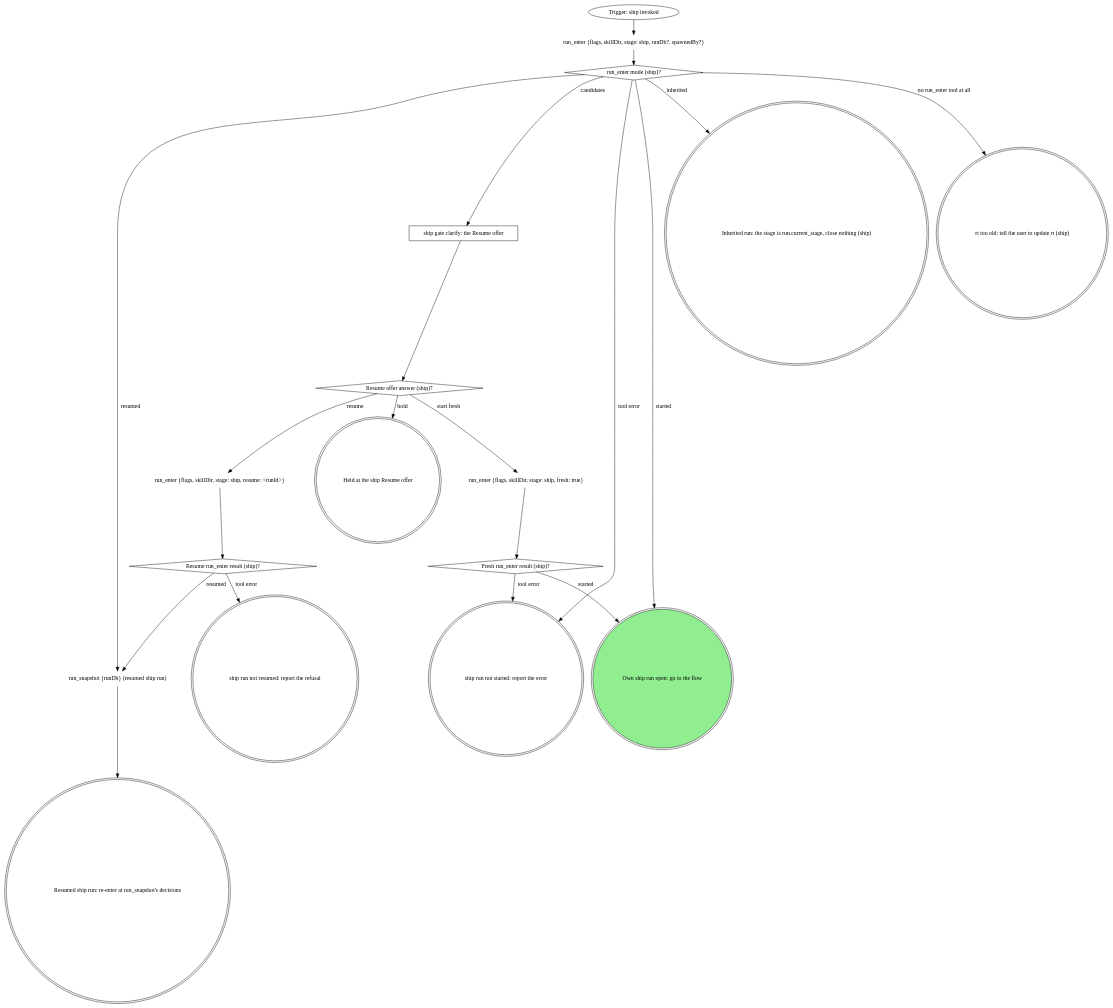
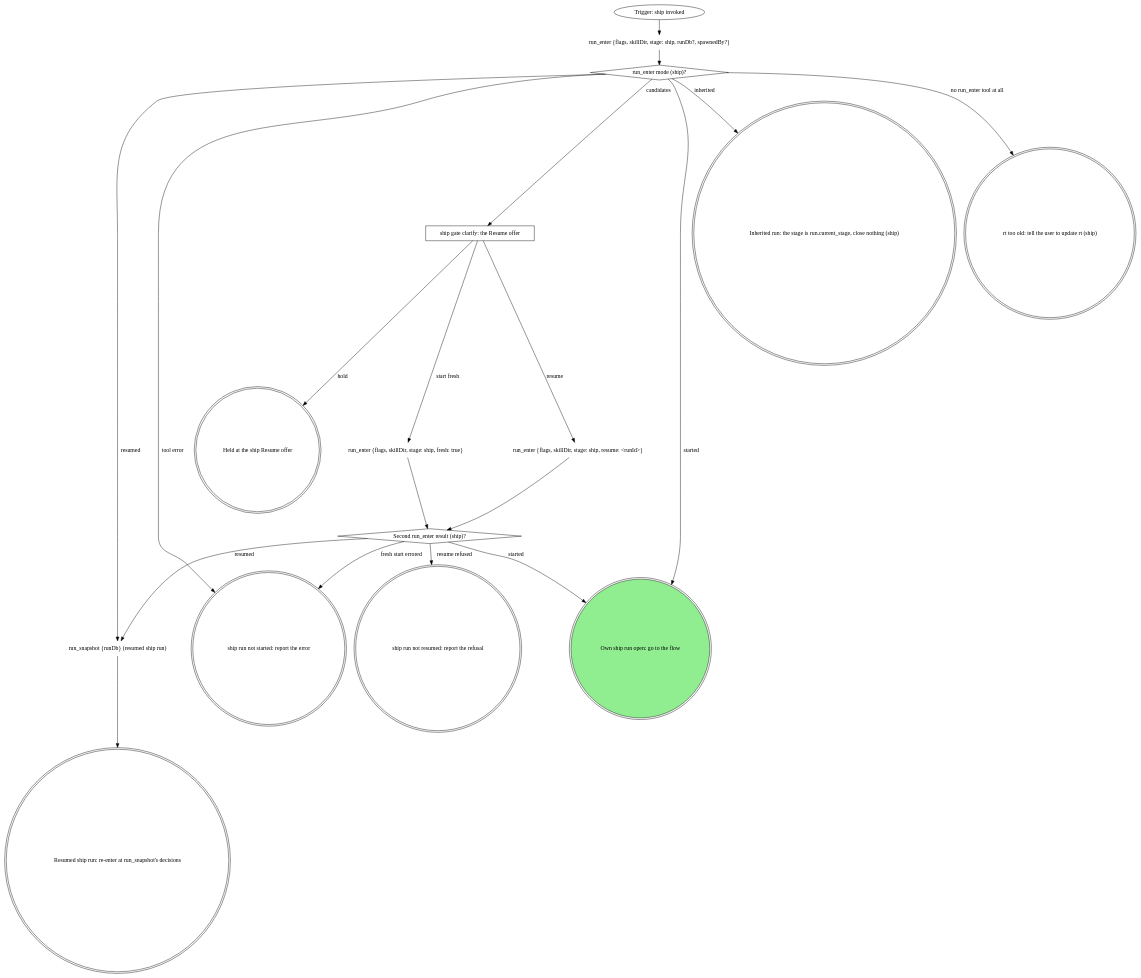
Before and after one commit to m4ttstack/mattstack: the first of 2 diagrams in plugins/mattstack/attachments/pipeline/ship/SKILL.md, drawn with Graphviz. The commit also changed other lines of this file and 2 other files, not shown here.

Commit message:
ship: trim pass: compact budgets, drop tool-bounded loops

````diff
--- a/plugins/mattstack/attachments/pipeline/ship/SKILL.md
+++ b/plugins/mattstack/attachments/pipeline/ship/SKILL.md
@@ -20,43 +19,40 @@
 ```dot
 digraph ship_run {
     rankdir=TB;
 
     "Trigger: ship invoked" [shape=ellipse];
     "run_enter {flags, skillDir, stage: ship, runDb?, spawnedBy?}" [shape=plaintext];
     "run_enter mode (ship)?" [shape=diamond];
     "ship gate clarify: the Resume offer" [shape=box];
-    "Resume offer answer (ship)?" [shape=diamond];
     "run_enter {flags, skillDir, stage: ship, resume: <runId>}" [shape=plaintext];
-    "Resume run_enter result (ship)?" [shape=diamond];
     "run_enter {flags, skillDir, stage: ship, fresh: true}" [shape=plaintext];
-    "Fresh run_enter result (ship)?" [shape=diamond];
+    "Second run_enter result (ship)?" [shape=diamond];
     "run_snapshot {runDb} (resumed ship run)" [shape=plaintext];
     "Inherited run: the stage is run.current_stage, close nothing (ship)" [shape=doublecircle];
     "Held at the ship Resume offer" [shape=doublecircle];
     "Resumed ship run: re-enter at run_snapshot's decisions" [shape=doublecircle];
     "ship run not resumed: report the refusal" [shape=doublecircle];
     "ship run not started: report the error" [shape=doublecircle];
     "rt too old: tell the user to update rt (ship)" [shape=doublecircle];
     "Own ship run open: go to the flow" [shape=doublecircle style=filled fillcolor=lightgreen];
 
     "Trigger: ship invoked" -> "run_enter {flags, skillDir, stage: ship, runDb?, spawnedBy?}";
     "run_enter {flags, skillDir, stage: ship, runDb?, spawnedBy?}" -> "run_enter mode (ship)?";
     "run_enter mode (ship)?" -> "Inherited run: the stage is run.current_stage, close nothing (ship)" [label="inherited"];
     "run_enter mode (ship)?" -> "Own ship run open: go to the flow" [label="started"];
     "run_enter mode (ship)?" -> "run_snapshot {runDb} (resumed ship run)" [label="resumed"];
     "run_enter mode (ship)?" -> "ship gate clarify: the Resume offer" [label="candidates"];
     "run_enter mode (ship)?" -> "ship run not started: report the error" [label="tool error"];
     "run_enter mode (ship)?" -> "rt too old: tell the user to update rt (ship)" [label="no run_enter tool at all"];
-    "ship gate clarify: the Resume offer" -> "Resume offer answer (ship)?";
-    "Resume offer answer (ship)?" -> "run_enter {flags, skillDir, stage: ship, resume: <runId>}" [label="resume"];
-    "Resume offer answer (ship)?" -> "run_enter {flags, skillDir, stage: ship, fresh: true}" [label="start fresh"];
-    "Resume offer answer (ship)?" -> "Held at the ship Resume offer" [label="hold"];
-    "run_enter {flags, skillDir, stage: ship, resume: <runId>}" -> "Resume run_enter result (ship)?";
-    "Resume run_enter result (ship)?" -> "run_snapshot {runDb} (resumed ship run)" [label="resumed"];
-    "Resume run_enter result (ship)?" -> "ship run not resumed: report the refusal" [label="tool error"];
-    "run_enter {flags, skillDir, stage: ship, fresh: true}" -> "Fresh run_enter result (ship)?";
-    "Fresh run_enter result (ship)?" -> "Own ship run open: go to the flow" [label="started"];
-    "Fresh run_enter result (ship)?" -> "ship run not started: report the error" [label="tool error"];
+    "ship gate clarify: the Resume offer" -> "run_enter {flags, skillDir, stage: ship, resume: <runId>}" [label="resume"];
+    "ship gate clarify: the Resume offer" -> "run_enter {flags, skillDir, stage: ship, fresh: true}" [label="start fresh"];
+    "ship gate clarify: the Resume offer" -> "Held at the ship Resume offer" [label="hold"];
+    "run_enter {flags, skillDir, stage: ship, resume: <runId>}" -> "Second run_enter result (ship)?";
+    "run_enter {flags, skillDir, stage: ship, fresh: true}" -> "Second run_enter result (ship)?";
+    "Second run_enter result (ship)?" -> "run_snapshot {runDb} (resumed ship run)" [label="resumed"];
+    "Second run_enter result (ship)?" -> "Own ship run open: go to the flow" [label="started"];
+    "Second run_enter result (ship)?" -> "ship run not resumed: report the refusal" [label="resume refused"];
+    "Second run_enter result (ship)?" -> "ship run not started: report the error" [label="fresh start errored"];
     "run_snapshot {runDb} (resumed ship run)" -> "Resumed ship run: re-enter at run_snapshot's decisions";
 }
 ```
````
